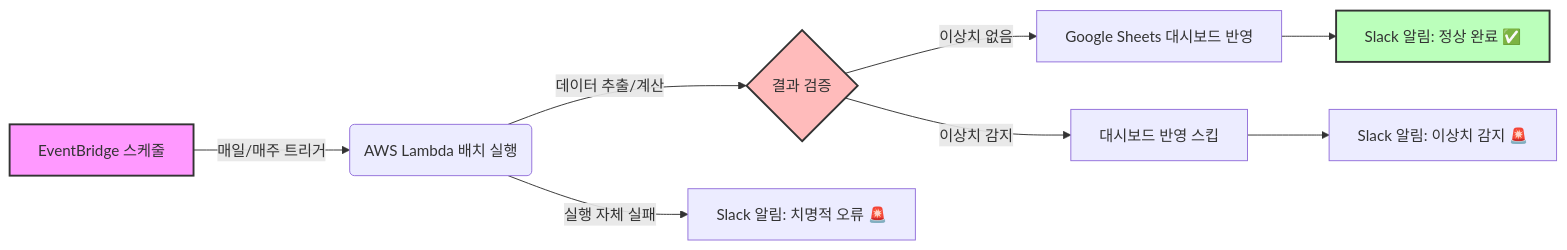
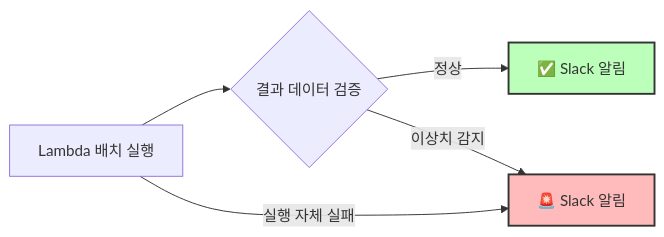
The diagram in 01_MLOPS/01-4_PIPELINE_ALERT_MONITORING/README.md (ynsssssn/road-to-engineer), drawn with Mermaid before and after one commit. The commit also changed other lines of this file and 3 other files, not shown here.

````diff
--- a/01_MLOPS/01-4_PIPELINE_ALERT_MONITORING/README.md
+++ b/01_MLOPS/01-4_PIPELINE_ALERT_MONITORING/README.md
@@ -76,14 +76,10 @@
 ```mermaid
 graph LR
-    A[EventBridge 스케줄] -->|매일/매주 트리거| B(AWS Lambda 배치 실행)
-    B -->|데이터 추출/계산| C{결과 검증}
-    C -->|이상치 없음| D[Google Sheets 대시보드 반영]
-    C -->|이상치 감지| E[대시보드 반영 스킵]
-    D --> F[Slack 알림: 정상 완료 ✅]
-    E --> G[Slack 알림: 이상치 감지 🚨]
-    B -->|실행 자체 실패| H[Slack 알림: 치명적 오류 🚨]
+    A[Lambda 배치 실행] --> B{결과 데이터 검증}
+    B -->|정상| C[✅ Slack 알림]
+    B -->|이상치 감지| D[🚨 Slack 알림]
+    A -->|실행 자체 실패| D
 
-    style A fill:#f9f,stroke:#333,stroke-width:2px
-    style C fill:#fbb,stroke:#333,stroke-width:2px
-    style F fill:#bfb,stroke:#333,stroke-width:2px
+    style D fill:#fbb,stroke:#333,stroke-width:2px
+    style C fill:#bfb,stroke:#333,stroke-width:2px
 ```
````
